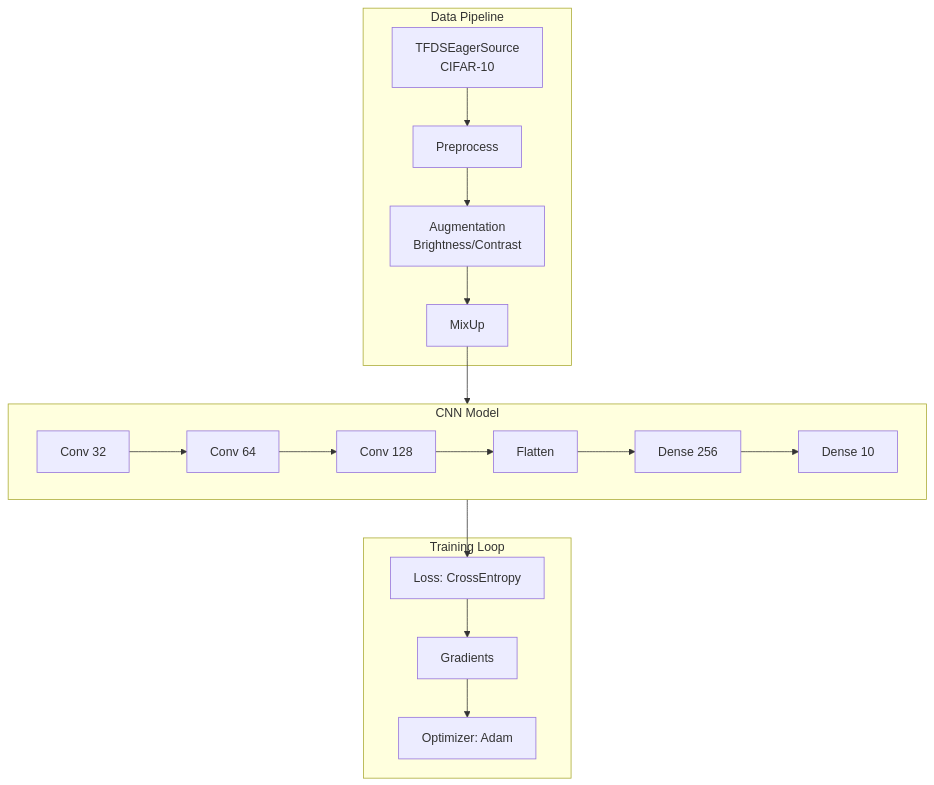
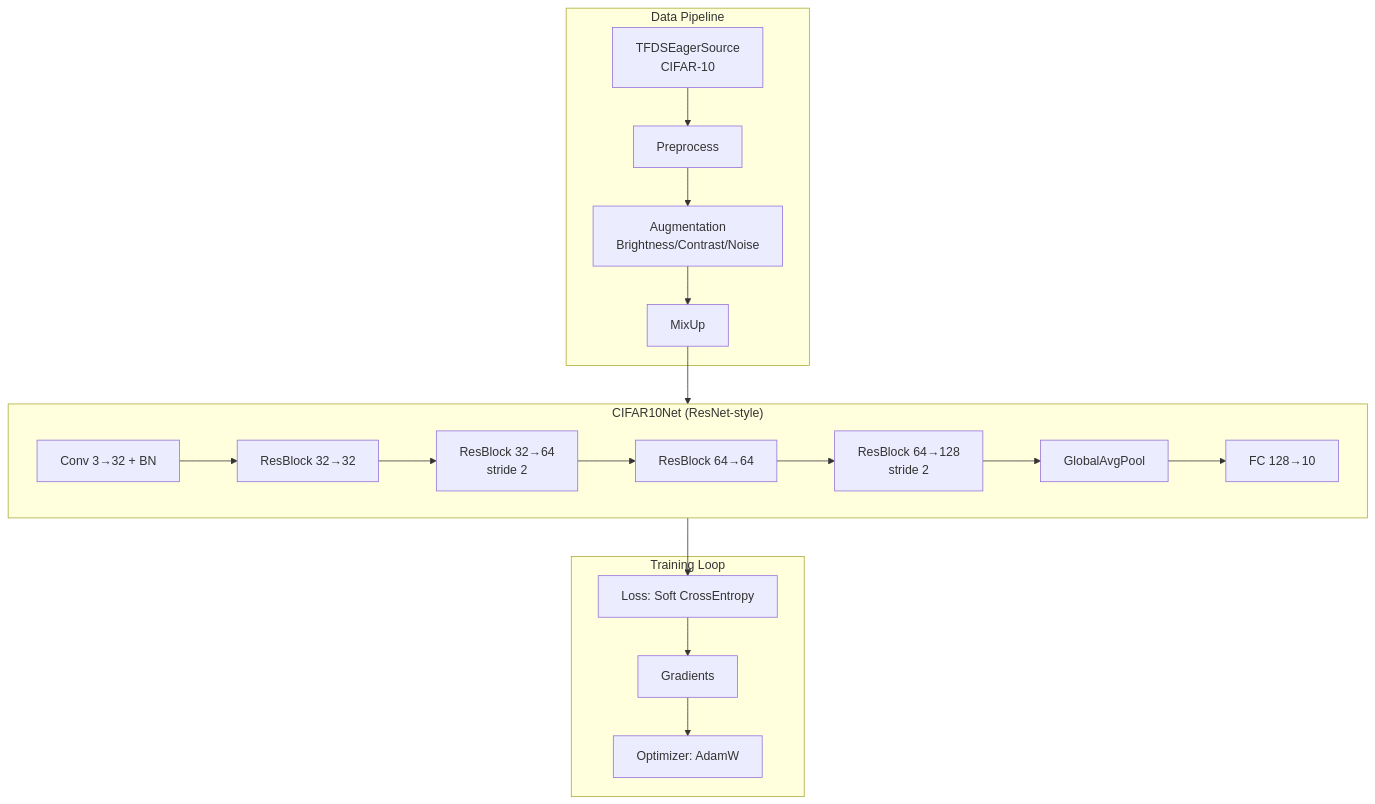
One commit to avitai/datarax changed the diagram in docs/examples/advanced/training/e2e-cifar10-guide.md. Above: the diagram before and after it, drawn with Mermaid. The commit also changed other lines of this file and 257 other files, not shown here.

````diff
--- a/docs/examples/advanced/training/e2e-cifar10-guide.md
+++ b/docs/examples/advanced/training/e2e-cifar10-guide.md
@@ -60,25 +60,26 @@
 ```mermaid
 flowchart TB
     subgraph Data["Data Pipeline"]
         S[TFDSEagerSource<br/>CIFAR-10] --> P[Preprocess]
-        P --> A[Augmentation<br/>Brightness/Contrast]
+        P --> A[Augmentation<br/>Brightness/Contrast/Noise]
         A --> M[MixUp]
     end
 
-    subgraph Model["CNN Model"]
-        C1[Conv 32] --> C2[Conv 64]
-        C2 --> C3[Conv 128]
-        C3 --> F[Flatten]
-        F --> D1[Dense 256]
-        D1 --> D2[Dense 10]
+    subgraph Model["CIFAR10Net (ResNet-style)"]
+        C1[Conv 3→32 + BN] --> C2[ResBlock 32→32]
+        C2 --> C3[ResBlock 32→64<br/>stride 2]
+        C3 --> C4[ResBlock 64→64]
+        C4 --> C5[ResBlock 64→128<br/>stride 2]
+        C5 --> G1[GlobalAvgPool]
+        G1 --> D2[FC 128→10]
     end
 
     subgraph Training["Training Loop"]
-        L[Loss: CrossEntropy]
-        O[Optimizer: Adam]
+        L[Loss: Soft CrossEntropy]
+        O[Optimizer: AdamW]
         G[Gradients]
     end
 
     M --> Model
     Model --> L --> G --> O
 ```
````
